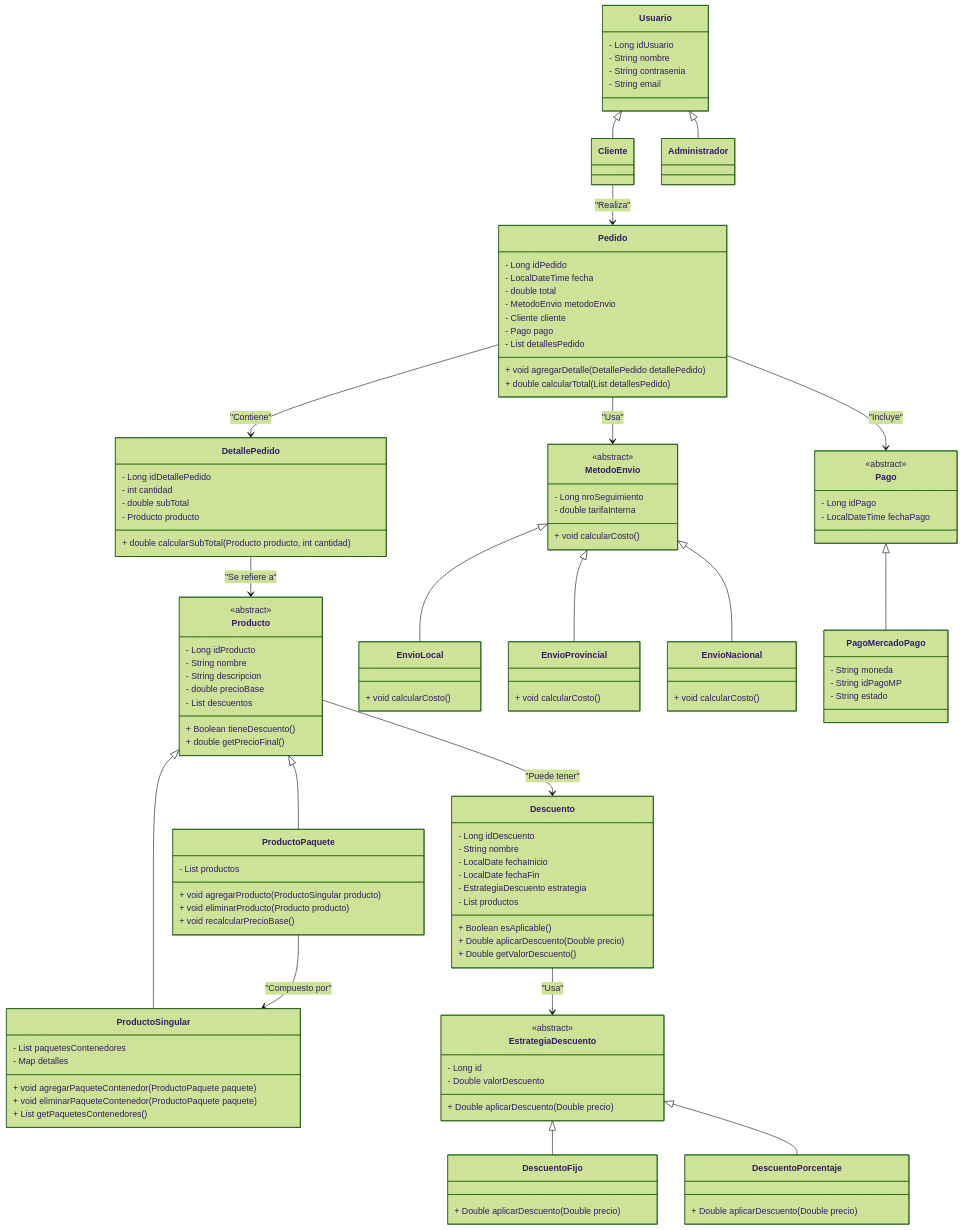
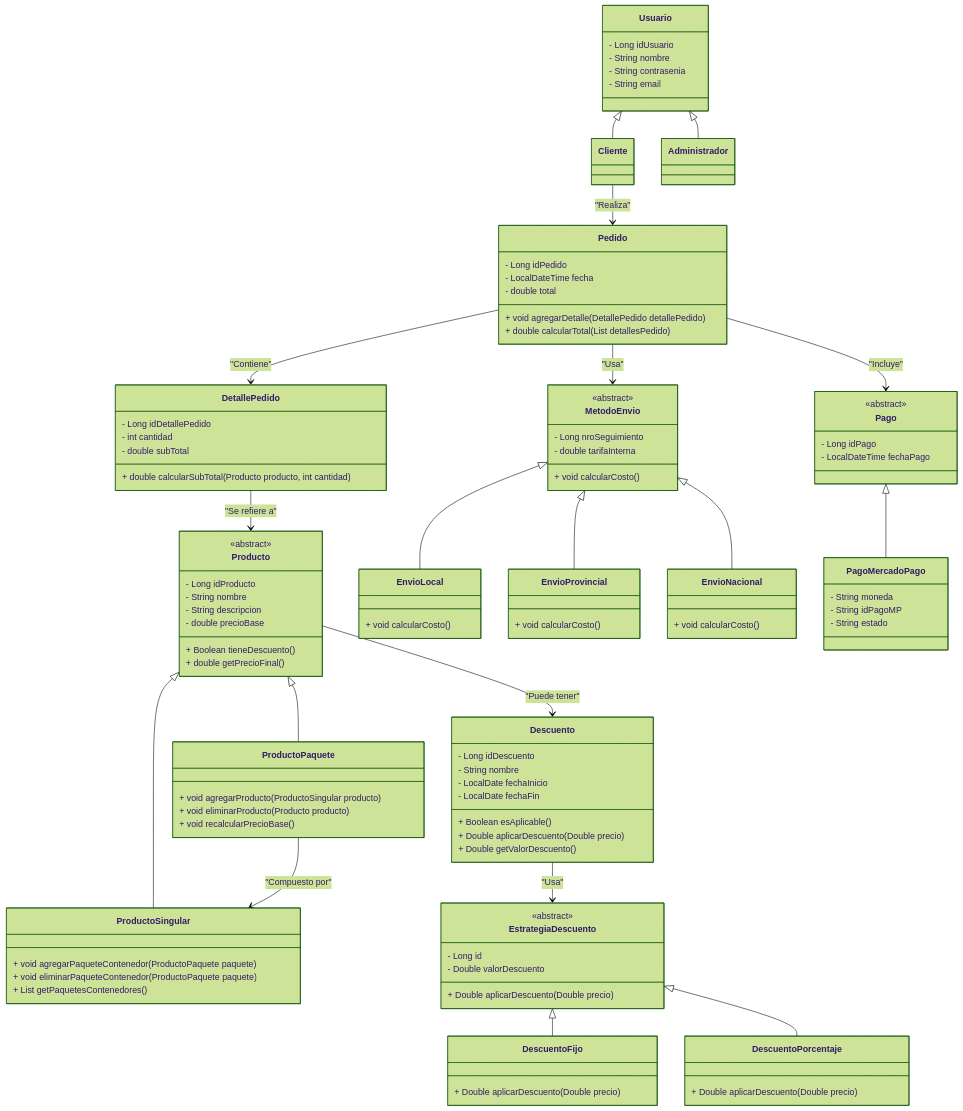
Before and after one commit to Facundo-Fraga/Proyecto_Integrador-POO_II-Grupo_C: the diagram in ecomarket/docs/dp-iteracion-2.md, drawn with Mermaid (forest theme).

```diff
--- a/ecomarket/docs/dp-iteracion-2.md
+++ b/ecomarket/docs/dp-iteracion-2.md
@@ -30,7 +30,6 @@
         - String nombre
         - String descripcion
         - double precioBase
-        - List<Descuento> descuentos
         + Boolean tieneDescuento()
         + double getPrecioFinal()
     }
@@ -39,15 +38,12 @@
     Producto <|-- ProductoPaquete
 
     class ProductoSingular {
-        - List<ProductoPaquete> paquetesContenedores
-        - Map<String, String> detalles
         + void agregarPaqueteContenedor(ProductoPaquete paquete)
         + void eliminarPaqueteContenedor(ProductoPaquete paquete)
         + List<ProductoPaquete> getPaquetesContenedores()
     }
 
     class ProductoPaquete {
-        - List<ProductoSingular> productos
         + void agregarProducto(ProductoSingular producto)
         + void eliminarProducto(Producto producto)
         + void recalcularPrecioBase()
@@ -58,8 +54,6 @@
         - String nombre
         - LocalDate fechaInicio
         - LocalDate fechaFin
-        - EstrategiaDescuento estrategia
-        - List<Producto> productos
         + Boolean esAplicable()
         + Double aplicarDescuento(Double precio)
         + Double getValorDescuento()
@@ -87,10 +81,6 @@
         - Long idPedido
         - LocalDateTime fecha
         - double total
-        - MetodoEnvio metodoEnvio
-        - Cliente cliente
-        - Pago pago
-        - List<DetallePedido> detallesPedido
         + void agregarDetalle(DetallePedido detallePedido)
         + double calcularTotal(List<DetallePedido> detallesPedido)
     }
@@ -99,7 +89,6 @@
         - Long idDetallePedido
         - int cantidad
         - double subTotal
-        - Producto producto
         + double calcularSubTotal(Producto producto, int cantidad)
     }
 
```
